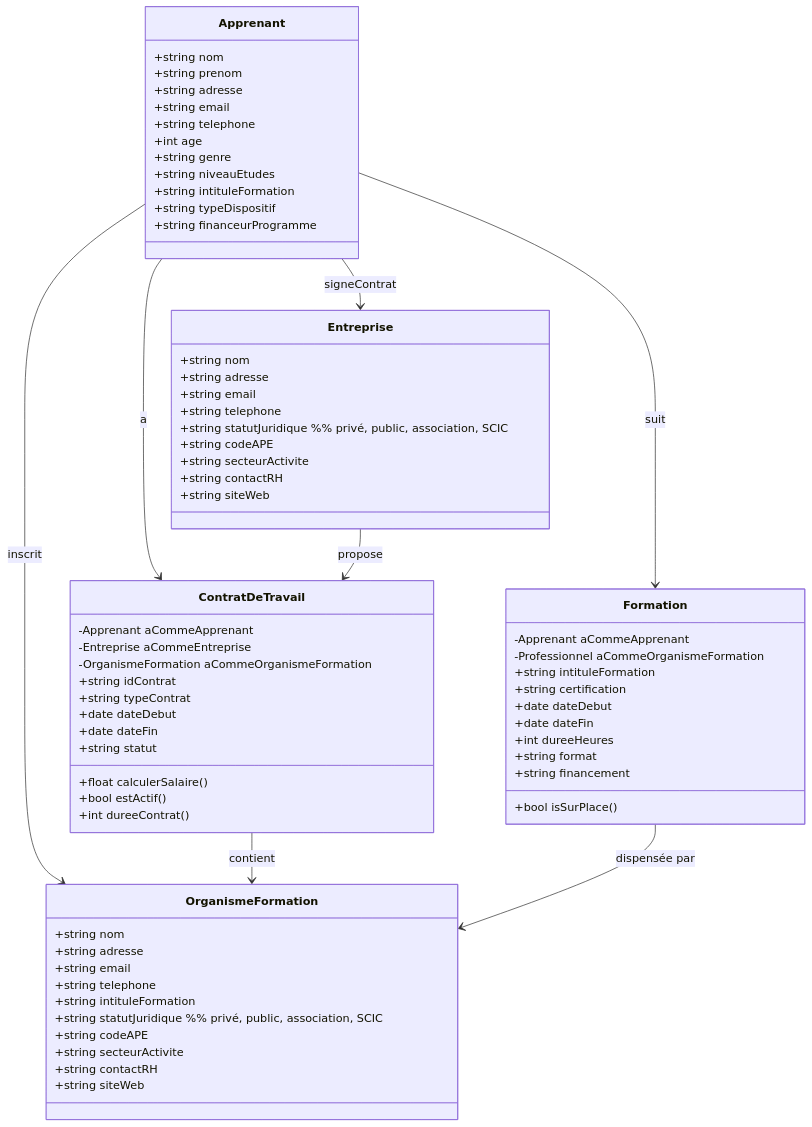
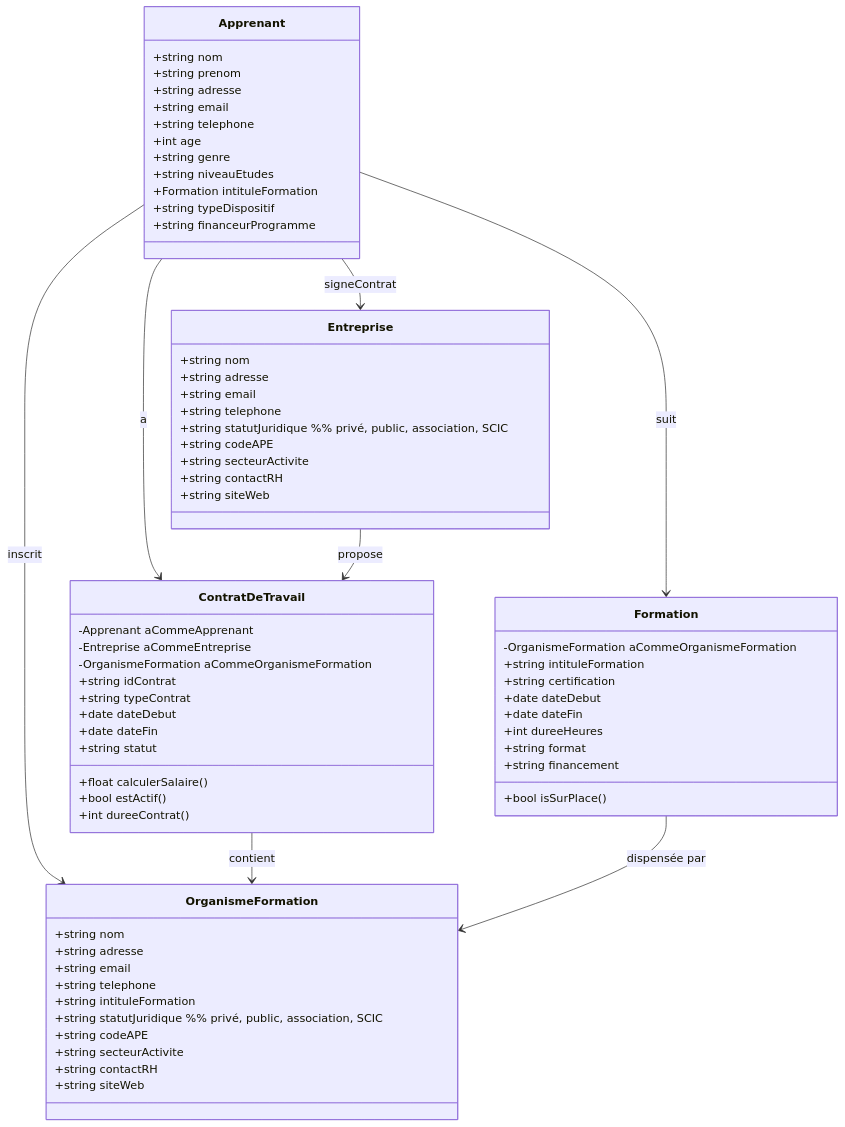
The diagram in acteurs.md (bouzidifatimazohra00-ux/inclusion-numerique-93), drawn with Mermaid before and after one commit.

Commit message:
Refactor Formation class and update intituleFormation
Updated the Formation class to reference OrganismeFormation instead of Professionnel.

````diff
--- a/acteurs.md
+++ b/acteurs.md
@@ -1,78 +1,77 @@
 ```mermaid
 classDiagram
 class Apprenant {
   +string nom
   +string prenom
   +string adresse
   +string email
   +string telephone
   +int age
   +string genre
   +string niveauEtudes
-  +string intituleFormation
+  +Formation intituleFormation
   +string typeDispositif
   +string financeurProgramme
 }
 
 class OrganismeFormation {
   +string nom
   +string adresse
   +string email
   +string telephone
   +string intituleFormation    
   +string statutJuridique        %% privé, public, association, SCIC
   +string codeAPE
   +string secteurActivite
   +string contactRH
   +string siteWeb
 }
 
 class Entreprise {
   +string nom
   +string adresse
   +string email
   +string telephone
   +string statutJuridique        %% privé, public, association, SCIC
   +string codeAPE
   +string secteurActivite
   +string contactRH
   +string siteWeb
 }
 
 class ContratDeTravail {
   -Apprenant aCommeApprenant
   -Entreprise aCommeEntreprise
   -OrganismeFormation aCommeOrganismeFormation
   +string idContrat
   +string typeContrat
   +date dateDebut
   +date dateFin
   +string statut
   +float calculerSalaire()     
   +bool estActif()
   +int dureeContrat()
 }
 
 class Formation {
-  -Apprenant aCommeApprenant
-  -Professionnel aCommeOrganismeFormation
+  -OrganismeFormation aCommeOrganismeFormation
   +string intituleFormation
   +string certification
   +date dateDebut
   +date dateFin
   +int dureeHeures
   +string format
   +string financement
   +bool isSurPlace()
 }
 
 %% Relations simplifiées
 Apprenant --> Formation : suit
 Apprenant --> ContratDeTravail : a
 Apprenant --> Entreprise : signeContrat
 Apprenant --> OrganismeFormation : inscrit
 Entreprise --> ContratDeTravail : propose
 ContratDeTravail --> OrganismeFormation : contient
 Formation --> OrganismeFormation : dispensée par
 
 ```
````
